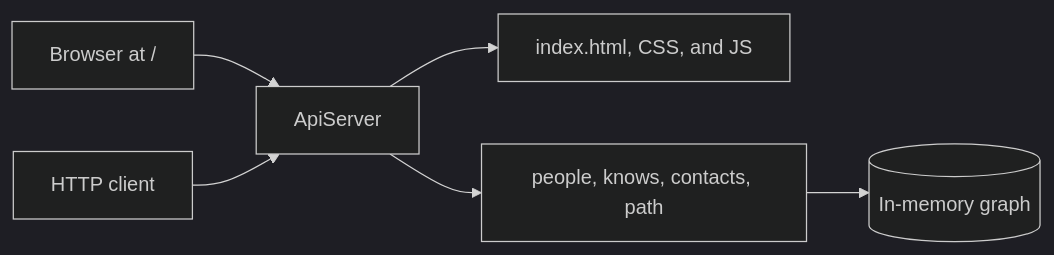
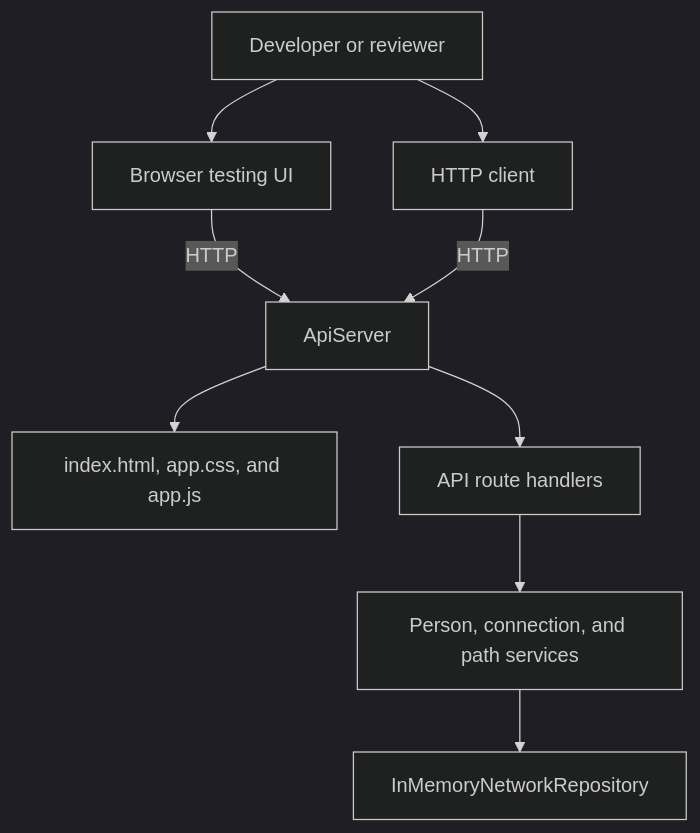
The first of 4 diagrams in README.md (Utkarsh-sharma47/nada), drawn with Mermaid (dark theme) before and after one commit. The commit also changed other lines of this file and 1 other file, not shown here.

First line of the commit message:
docs: explain setup, architecture, and the API for reviewers

````diff
--- a/README.md
+++ b/README.md
@@ -99,8 +78,20 @@
 ```mermaid
-flowchart LR
-  Browser[Browser at /] --> Server[ApiServer]
-  Client[HTTP client] --> Server
-  Server --> Files[index.html, CSS, and JS]
-  Server --> API[people, knows, contacts, path]
-  API --> Memory[(In-memory graph)]
+flowchart TD
+    User[Developer or reviewer]
+    Browser[Browser testing UI]
+    Client[HTTP client]
+    Server[ApiServer]
+    Files["index.html, app.css, and app.js"]
+    Routes[API route handlers]
+    Logic["Person, connection, and path services"]
+    Store[InMemoryNetworkRepository]
+
+    User --> Browser
+    User --> Client
+    Browser -->|HTTP| Server
+    Client -->|HTTP| Server
+    Server --> Files
+    Server --> Routes
+    Routes --> Logic
+    Logic --> Store
 ```
````
